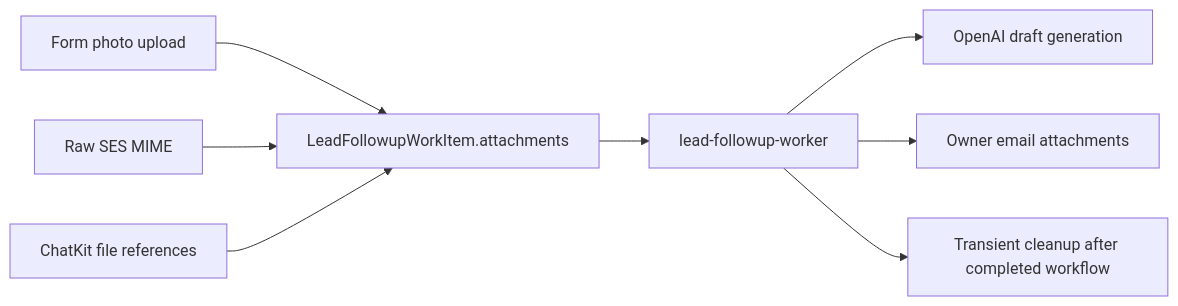
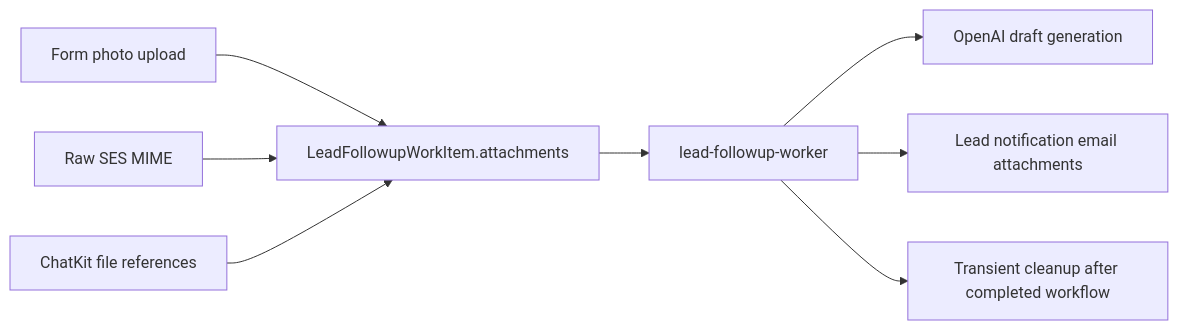
One commit to michaelgiraldo/craigs-autos changed the first of 2 diagrams in docs/lead-photo-attachments.md. Above: the diagram before and after it, drawn with Mermaid. The commit also changed other lines of this file and 36 other files, not shown here.

Commit message:
Refactor lead notification email templates

````diff
--- a/docs/lead-photo-attachments.md
+++ b/docs/lead-photo-attachments.md
@@ -33,10 +33,10 @@
 ```mermaid
 flowchart LR
   Form["Form photo upload"] --> Manifest["LeadFollowupWorkItem.attachments"]
   Email["Raw SES MIME"] --> Manifest
   Chat["ChatKit file references"] --> Manifest
   Manifest --> Worker["lead-followup-worker"]
   Worker --> OpenAI["OpenAI draft generation"]
-  Worker --> Owner["Owner email attachments"]
+  Worker --> LeadNotice["Lead notification email attachments"]
   Worker --> Cleanup["Transient cleanup after completed workflow"]
 ```
````
